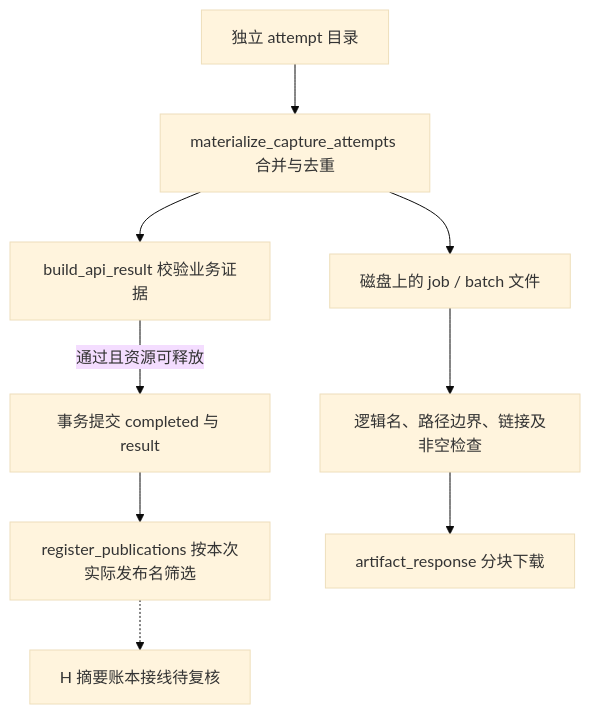
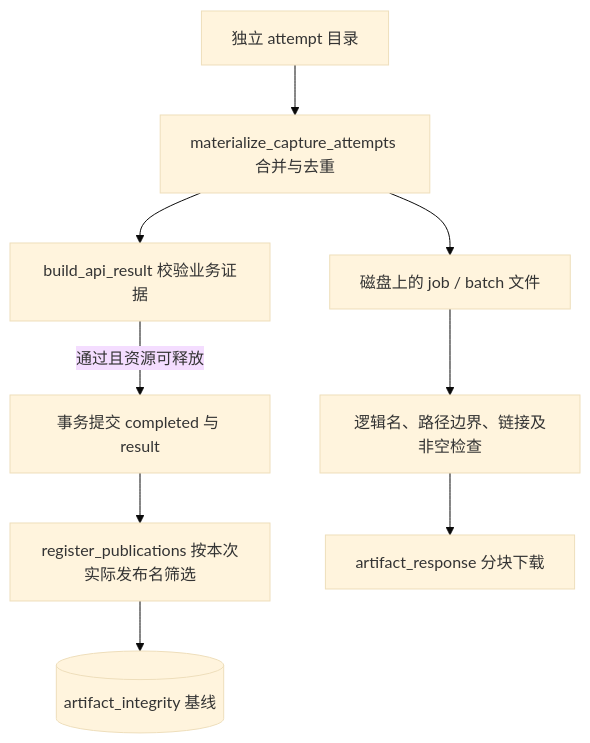
One commit to taoduo0428/facebook-reaction-capture changed the ninth of 10 diagrams in docs/backend-modernization/V1.1-FINAL-ARCHITECTURE-REVIEW.md. Above: the diagram before and after it, drawn with Mermaid (base theme). The commit also changed other lines of this file and 4 other files, not shown here.

````diff
--- a/docs/backend-modernization/V1.1-FINAL-ARCHITECTURE-REVIEW.md
+++ b/docs/backend-modernization/V1.1-FINAL-ARCHITECTURE-REVIEW.md
@@ -163,11 +163,11 @@
 ```mermaid
 flowchart TD
   A[独立 attempt 目录] --> B[materialize_capture_attempts 合并与去重]
   B --> C[build_api_result 校验业务证据]
   C -->|通过且资源可释放| D[事务提交 completed 与 result]
   D --> E[register_publications 按本次实际发布名筛选]
-  E -.-> L[H 摘要账本接线待复核]
+  E --> L[(artifact_integrity 基线)]
   B --> F[磁盘上的 job / batch 文件]
   F --> G[逻辑名、路径边界、链接及非空检查]
   G --> S[artifact_response 分块下载]
 ```
````
